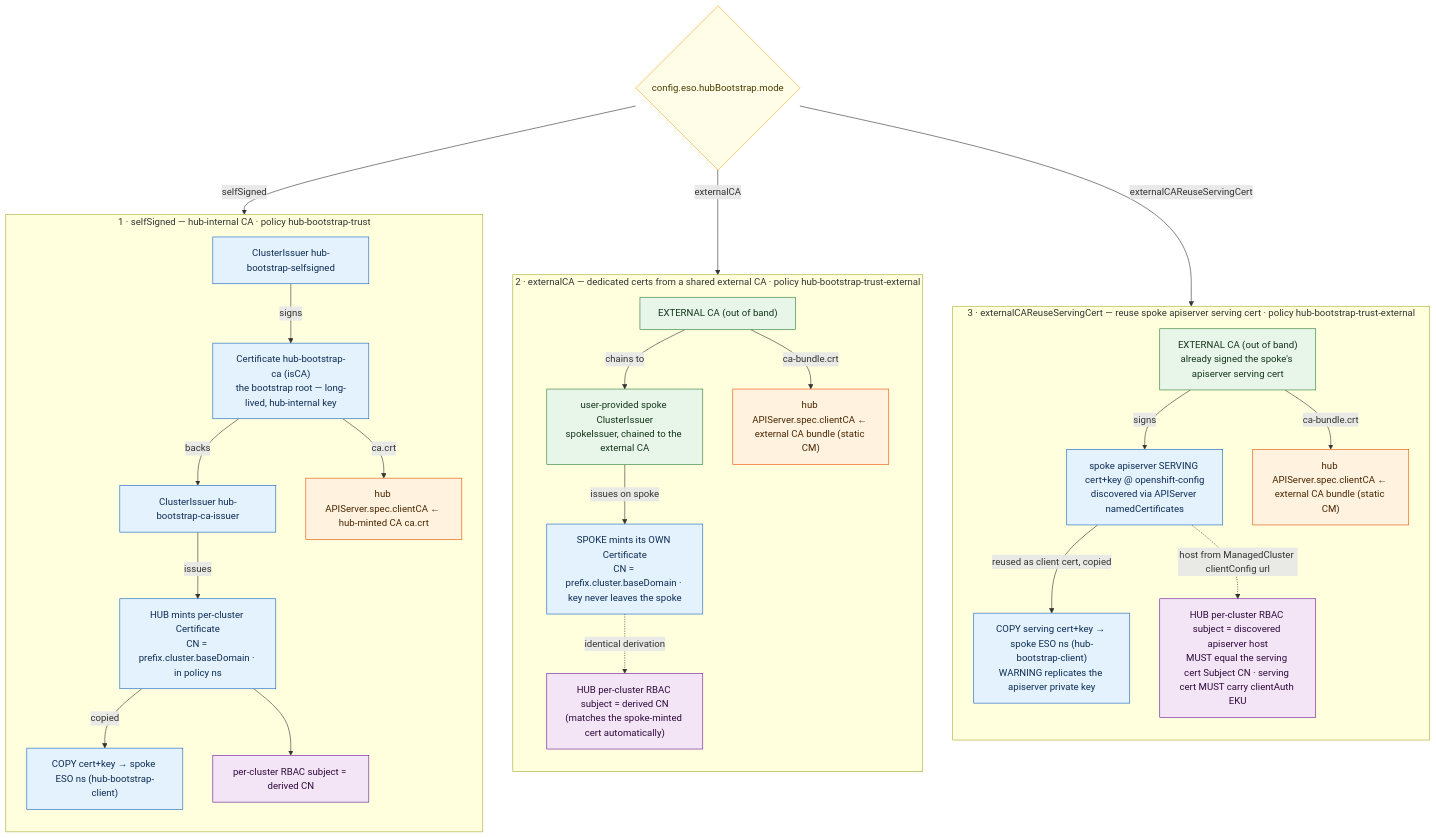
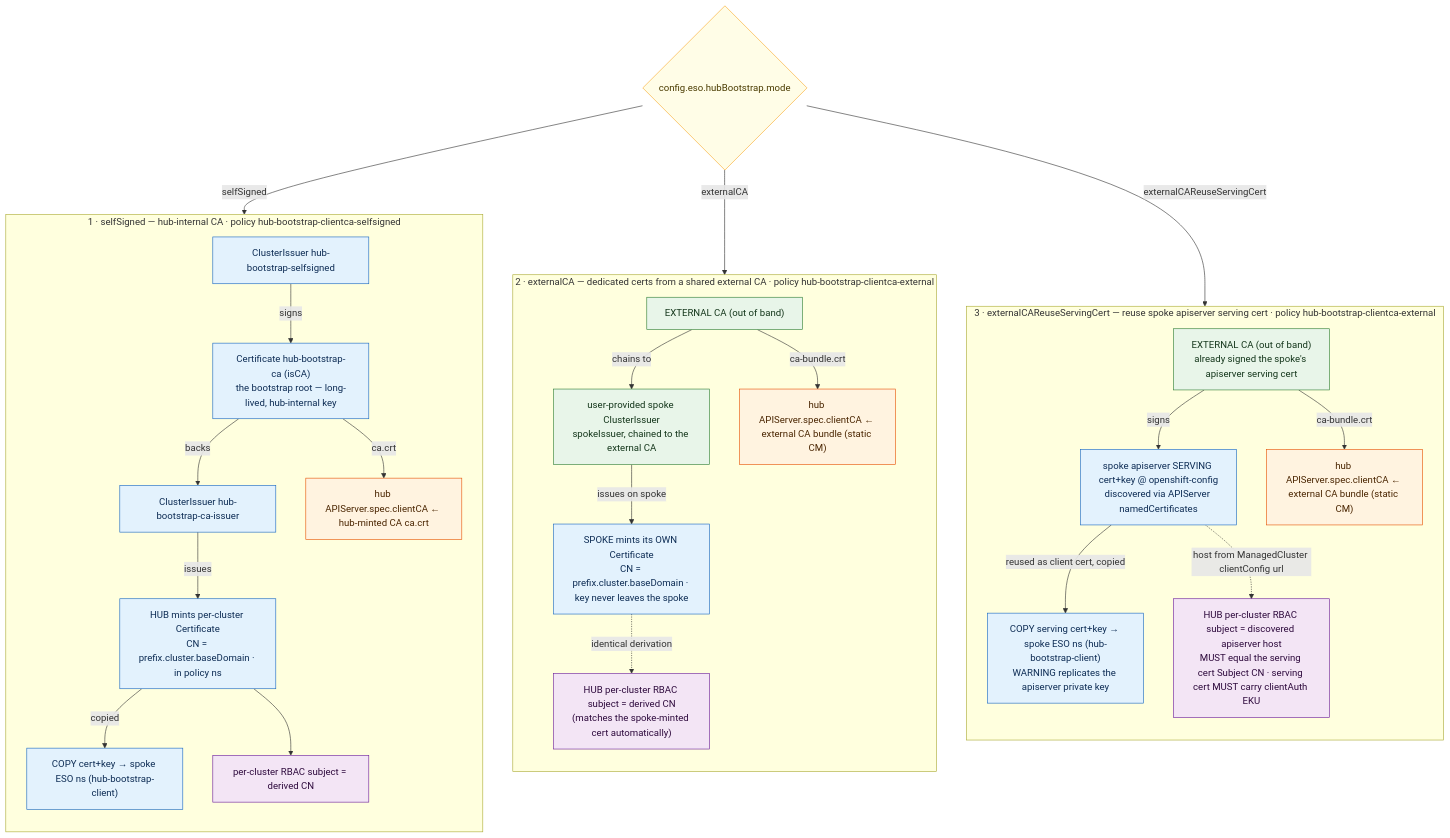
The third of 3 diagrams in policies/stable/external-secrets-operator/README.md (auto-shift/autoshiftv2), drawn with Mermaid before and after one commit. The commit also changed other lines of this file and 10 other files, not shown here.

````diff
--- a/policies/stable/external-secrets-operator/README.md
+++ b/policies/stable/external-secrets-operator/README.md
@@ -1010,52 +1027,52 @@
 ```mermaid
 flowchart TB
   classDef mint fill:#e3f2fd,stroke:#1565c0,color:#0d2c54;
   classDef ext  fill:#e8f5e9,stroke:#2e7d32,color:#14361b;
   classDef wire fill:#fff3e0,stroke:#e65100,color:#4a2500;
   classDef rbac fill:#f3e5f5,stroke:#6a1b9a,color:#2e0a3d;
   classDef dec  fill:#fffde7,stroke:#f9a825,color:#4a3b00;
 
   MODE{"config.eso.hubBootstrap.mode"}:::dec
 
-  subgraph M1["1 · selfSigned — hub-internal CA · policy hub-bootstrap-trust"]
+  subgraph M1["1 · selfSigned — hub-internal CA · policy hub-bootstrap-clientca-selfsigned"]
     direction TB
     A1["ClusterIssuer hub-bootstrap-selfsigned"]:::mint
     A2["Certificate hub-bootstrap-ca (isCA)<br/>the bootstrap root — long-lived, hub-internal key"]:::mint
     A3["ClusterIssuer hub-bootstrap-ca-issuer"]:::mint
     A4["HUB mints per-cluster Certificate<br/>CN = prefix.cluster.baseDomain · in policy ns"]:::mint
     A5["COPY cert+key → spoke ESO ns (hub-bootstrap-client)"]:::mint
     AW["hub APIServer.spec.clientCA ← hub-minted CA ca.crt"]:::wire
     AR["per-cluster RBAC subject = derived CN"]:::rbac
     A1 -->|signs| A2 -->|backs| A3 -->|issues| A4 -->|copied| A5
     A2 -->|ca.crt| AW
     A4 --> AR
   end
 
-  subgraph M2["2 · externalCA — dedicated certs from a shared external CA · policy hub-bootstrap-trust-external"]
+  subgraph M2["2 · externalCA — dedicated certs from a shared external CA · policy hub-bootstrap-clientca-external"]
     direction TB
     B0["EXTERNAL CA (out of band)"]:::ext
     B1["user-provided spoke ClusterIssuer<br/>spokeIssuer, chained to the external CA"]:::ext
     B2["SPOKE mints its OWN Certificate<br/>CN = prefix.cluster.baseDomain · key never leaves the spoke"]:::mint
     BW["hub APIServer.spec.clientCA ← external CA bundle (static CM)"]:::wire
     BR["HUB per-cluster RBAC subject = derived CN<br/>(matches the spoke-minted cert automatically)"]:::rbac
     B0 -->|chains to| B1 -->|issues on spoke| B2
     B0 -->|ca-bundle.crt| BW
     B2 -. identical derivation .-> BR
   end
 
-  subgraph M3["3 · externalCAReuseServingCert — reuse spoke apiserver serving cert · policy hub-bootstrap-trust-external"]
+  subgraph M3["3 · externalCAReuseServingCert — reuse spoke apiserver serving cert · policy hub-bootstrap-clientca-external"]
     direction TB
     C0["EXTERNAL CA (out of band)<br/>already signed the spoke's apiserver serving cert"]:::ext
     C1["spoke apiserver SERVING cert+key @ openshift-config<br/>discovered via APIServer namedCertificates"]:::mint
     C2["COPY serving cert+key → spoke ESO ns (hub-bootstrap-client)<br/>WARNING replicates the apiserver private key"]:::mint
     CW["hub APIServer.spec.clientCA ← external CA bundle (static CM)"]:::wire
     CR["HUB per-cluster RBAC subject = discovered apiserver host<br/>MUST equal the serving cert Subject CN · serving cert MUST carry clientAuth EKU"]:::rbac
     C0 -->|signs| C1 -->|reused as client cert, copied| C2
     C0 -->|ca-bundle.crt| CW
     C1 -. host from ManagedCluster clientConfig url .-> CR
   end
 
   MODE -->|selfSigned| M1
   MODE -->|externalCA| M2
   MODE -->|externalCAReuseServingCert| M3
 ```
````
